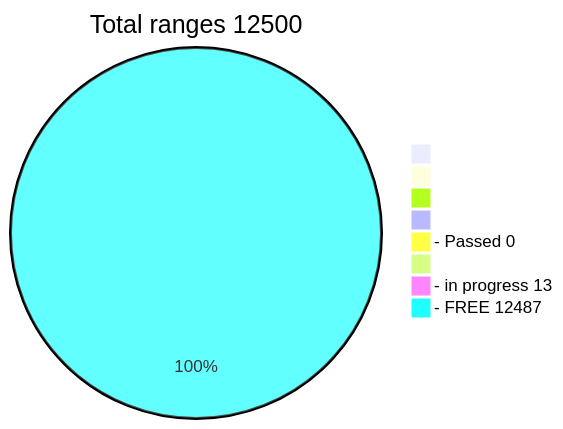
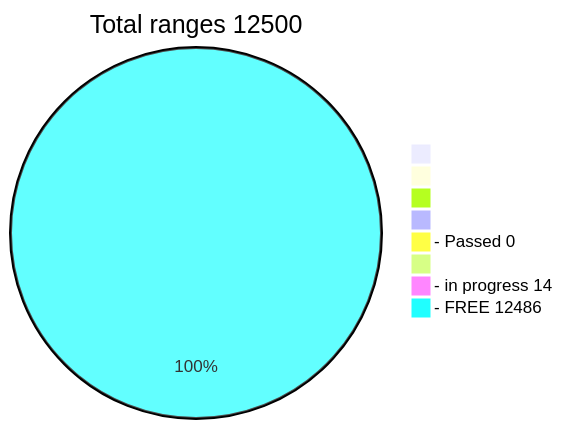
Before and after one commit to phrutis/Passphrases: the diagram in README.md, drawn with Mermaid.

````diff
--- a/README.md
+++ b/README.md
@@ -3,12 +3,12 @@
 ```mermaid
 pie title Total ranges 12500
              " " : 0
             "  " : 0
            "   " : 0
           "    " : 0
   "- Passed 0" : 0
          "     " : 0
-  "- in progress 13" : 13
-   "- FREE 12487" : 12487
+  "- in progress 14" : 14
+   "- FREE 12486" : 12486
    
 ```
````
